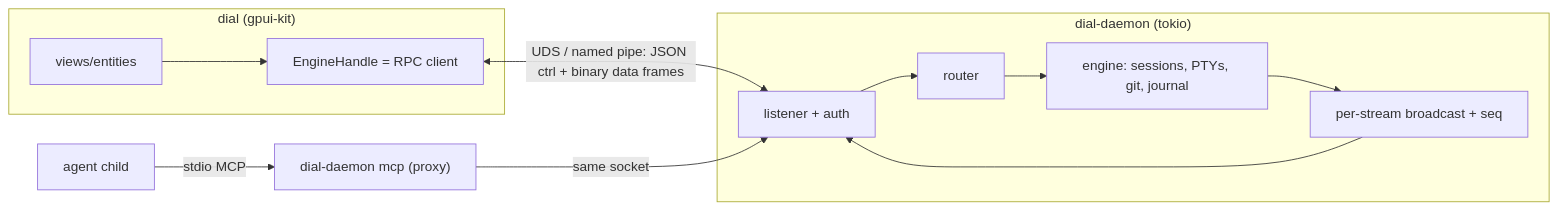
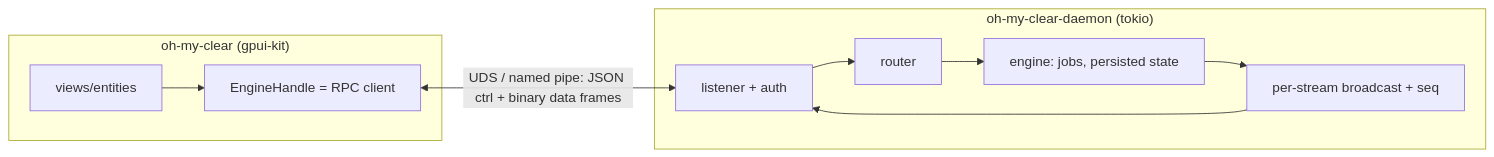
The first of 2 diagrams in docs/research/2026-09-28-daemon-ipc.md (zerx-lab/oh-my-clear), drawn with Mermaid before and after one commit. The commit also changed other lines of this file and 191 other files, not shown here.

````diff
--- a/docs/research/2026-09-28-daemon-ipc.md
+++ b/docs/research/2026-09-28-daemon-ipc.md
@@ -30,13 +30,12 @@
 ```mermaid
 flowchart LR
-  subgraph UI["dial (gpui-kit)"]
+  subgraph UI["oh-my-clear (gpui-kit)"]
     V[views/entities] --> H[EngineHandle = RPC client]
   end
-  subgraph D["dial-daemon (tokio)"]
-    L[listener + auth] --> R[router] --> E[engine: sessions, PTYs, git, journal]
+  subgraph D["oh-my-clear-daemon (tokio)"]
+    L[listener + auth] --> R[router] --> E[engine: jobs, persisted state]
     E --> B[per-stream broadcast + seq]
     B --> L
   end
   H <-- "UDS / named pipe: JSON ctrl + binary data frames" --> L
-  A[agent child] -- "stdio MCP" --> M["dial-daemon mcp (proxy)"] -- same socket --> L
 ```
````
